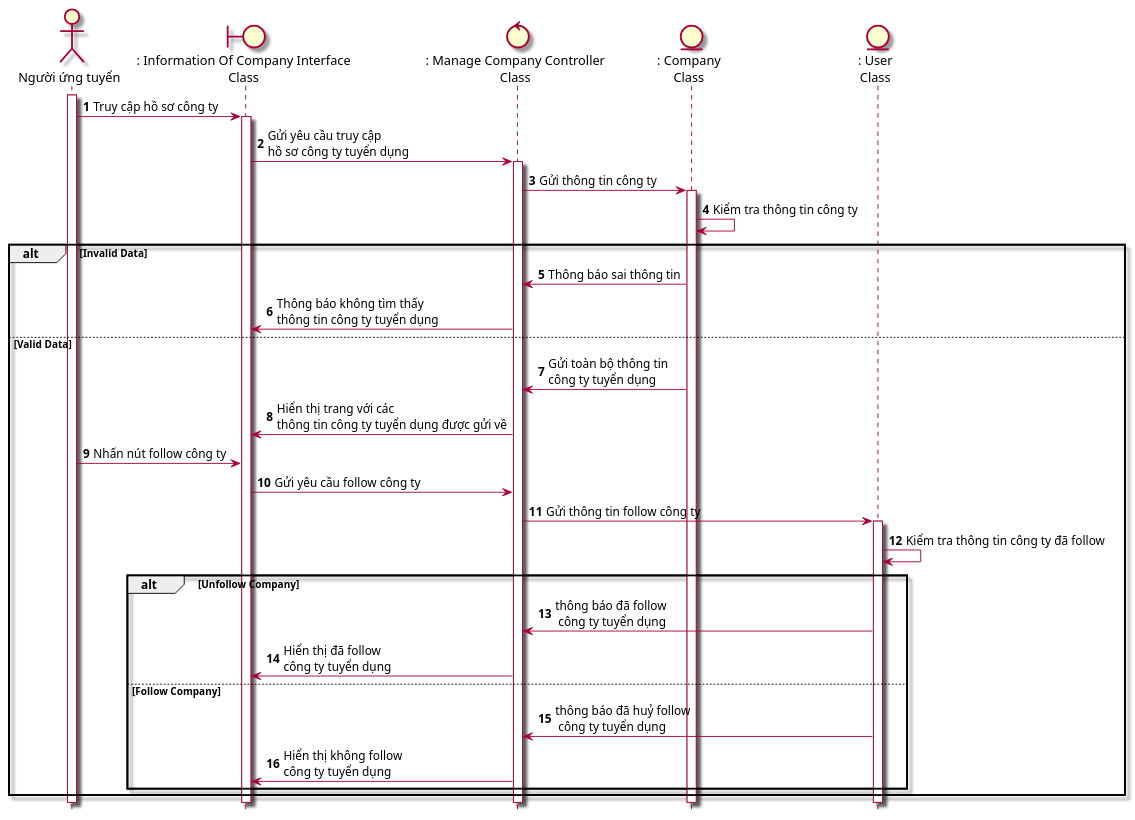
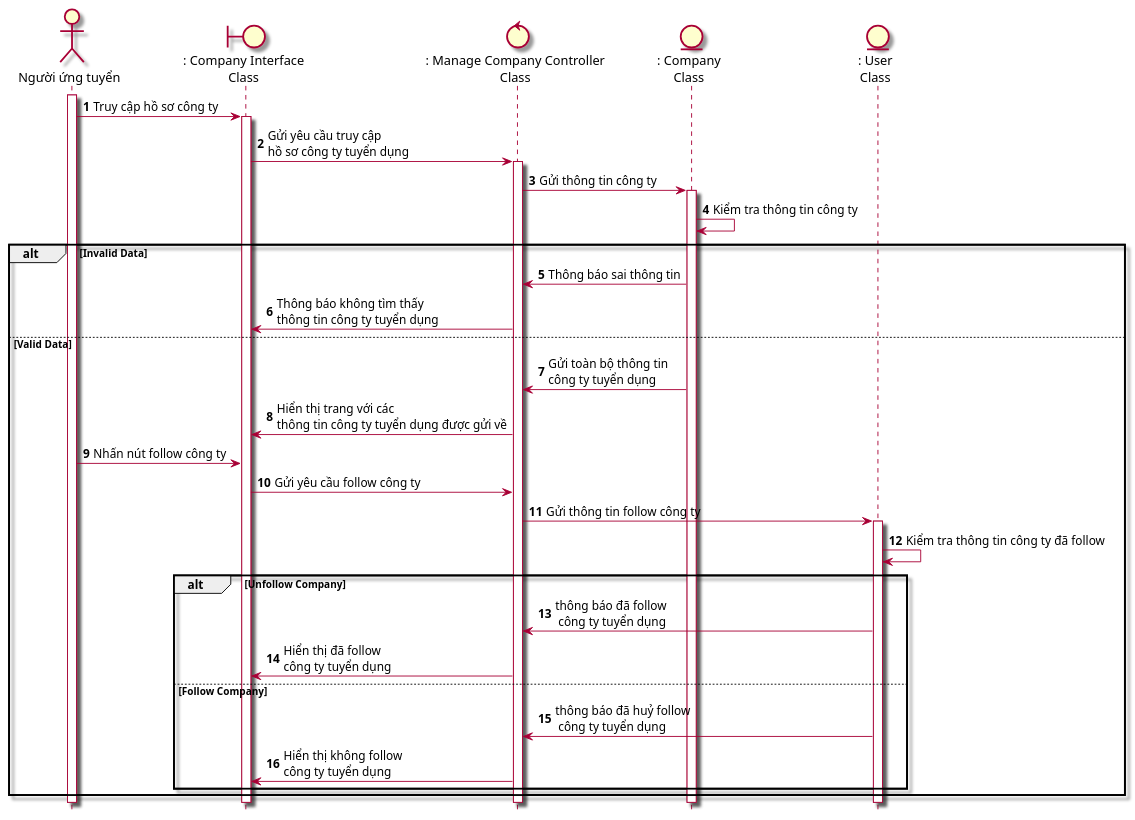
The diagram in Lab1/Lab 1.2 Diagram/Sequence/FilePUML/3.1 SeqTheoDoiCongTyTuyenDung.puml (Griselda4774/EAS-EmploymentAssistanceSystem), drawn with PlantUML before and after one commit. The commit also changed 13 other files, not shown here.

```diff
--- a/Lab1/Lab 1.2 Diagram/Sequence/FilePUML/3.1 SeqTheoDoiCongTyTuyenDung.puml
+++ b/Lab1/Lab 1.2 Diagram/Sequence/FilePUML/3.1 SeqTheoDoiCongTyTuyenDung.puml
@@ -1,33 +1,33 @@
 @startuml SeqTheoDoiCongTyTuyenDung
 skin rose 
 hide footbox
 actor nguoiUngTuyen as "Người ứng tuyển"
-boundary informationOfCompanyInterface as ": Information Of Company Interface\nClass"
+boundary companyInterface as ": Company Interface\nClass"
 control manageCompanyController as ": Manage Company Controller\nClass"
 entity Company as ": Company\nClass"
 entity User as ": User\nClass"
 nguoiUngTuyen++
 autonumber
-nguoiUngTuyen -> informationOfCompanyInterface++: Truy cập hồ sơ công ty
-informationOfCompanyInterface -> manageCompanyController++: Gửi yêu cầu truy cập \nhồ sơ công ty tuyển dụng
+nguoiUngTuyen -> companyInterface++: Truy cập hồ sơ công ty
+companyInterface -> manageCompanyController++: Gửi yêu cầu truy cập \nhồ sơ công ty tuyển dụng
 manageCompanyController -> Company++: Gửi thông tin công ty
 Company -> Company: Kiểm tra thông tin công ty 
 alt Invalid Data
 Company -> manageCompanyController: Thông báo sai thông tin
-manageCompanyController-> informationOfCompanyInterface: Thông báo không tìm thấy\nthông tin công ty tuyển dụng
+manageCompanyController-> companyInterface: Thông báo không tìm thấy\nthông tin công ty tuyển dụng
 else Valid Data
 Company -> manageCompanyController: Gửi toàn bộ thông tin \ncông ty tuyển dụng
-manageCompanyController -> informationOfCompanyInterface: Hiển thị trang với các \nthông tin công ty tuyển dụng được gửi về
-nguoiUngTuyen -> informationOfCompanyInterface: Nhấn nút follow công ty
-informationOfCompanyInterface -> manageCompanyController: Gửi yêu cầu follow công ty
+manageCompanyController -> companyInterface: Hiển thị trang với các \nthông tin công ty tuyển dụng được gửi về
+nguoiUngTuyen -> companyInterface: Nhấn nút follow công ty
+companyInterface -> manageCompanyController: Gửi yêu cầu follow công ty
 manageCompanyController -> User++: Gửi thông tin follow công ty
 User -> User: Kiểm tra thông tin công ty đã follow
     alt Unfollow Company
         User -> manageCompanyController: thông báo đã follow\n công ty tuyển dụng
-        manageCompanyController->informationOfCompanyInterface: Hiển thị đã follow \ncông ty tuyển dụng
+        manageCompanyController->companyInterface: Hiển thị đã follow \ncông ty tuyển dụng
     else Follow Company
         User -> manageCompanyController: thông báo đã huỷ follow\n công ty tuyển dụng
-        manageCompanyController->informationOfCompanyInterface: Hiển thị không follow \ncông ty tuyển dụng
+        manageCompanyController->companyInterface: Hiển thị không follow \ncông ty tuyển dụng
     end
 end
 @enduml
```
